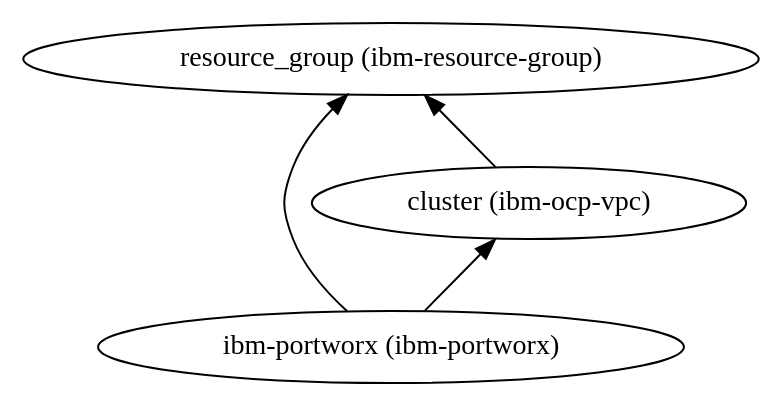
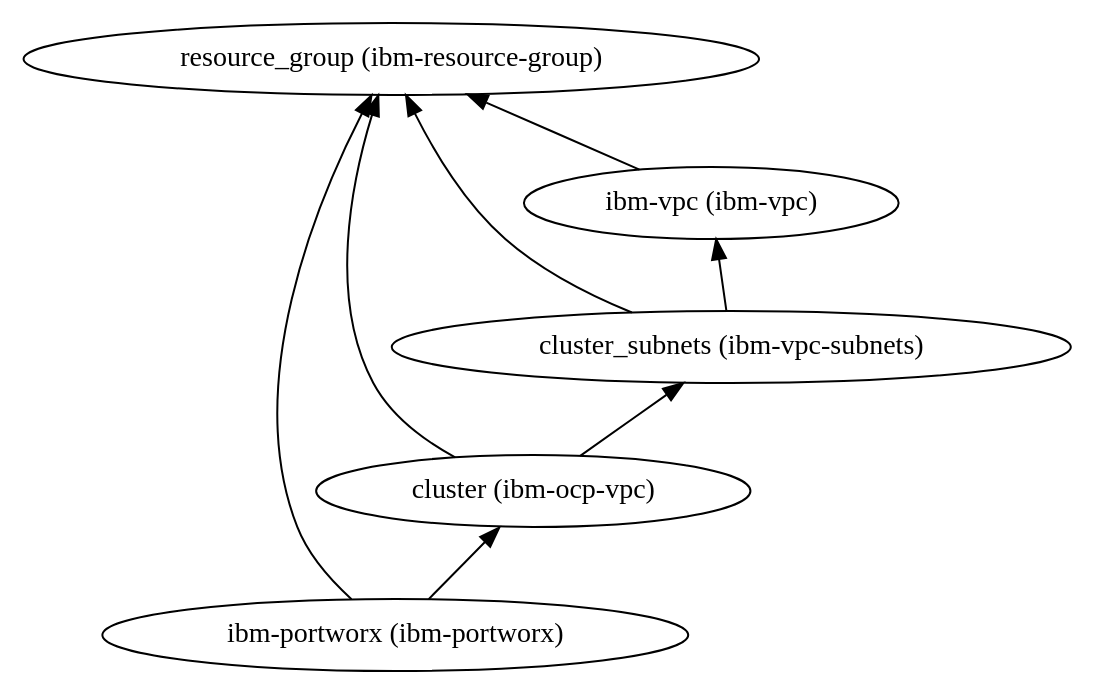
Before and after one commit to IBM/automation-ibmcloud-infra-openshift: the diagram in automation/1-quickstart/205-portworx-storage/dependencies.dot, drawn with Graphviz. The commit also changed 6 other files, not shown here.

```diff
--- a/automation/1-quickstart/205-portworx-storage/dependencies.dot
+++ b/automation/1-quickstart/205-portworx-storage/dependencies.dot
@@ -1,9 +1,15 @@
 digraph {
     rankdir="BT"
     "resource_group (ibm-resource-group)"
 "cluster (ibm-ocp-vpc)" -> "resource_group (ibm-resource-group)"
+"cluster (ibm-ocp-vpc)" -> "cluster_subnets (ibm-vpc-subnets)"
 "cluster (ibm-ocp-vpc)"
+"cluster_subnets (ibm-vpc-subnets)" -> "resource_group (ibm-resource-group)"
+"cluster_subnets (ibm-vpc-subnets)" -> "ibm-vpc (ibm-vpc)"
+"cluster_subnets (ibm-vpc-subnets)"
+"ibm-vpc (ibm-vpc)" -> "resource_group (ibm-resource-group)"
+"ibm-vpc (ibm-vpc)"
 "ibm-portworx (ibm-portworx)" -> "cluster (ibm-ocp-vpc)"
 "ibm-portworx (ibm-portworx)" -> "resource_group (ibm-resource-group)"
 "ibm-portworx (ibm-portworx)"
   }
```
